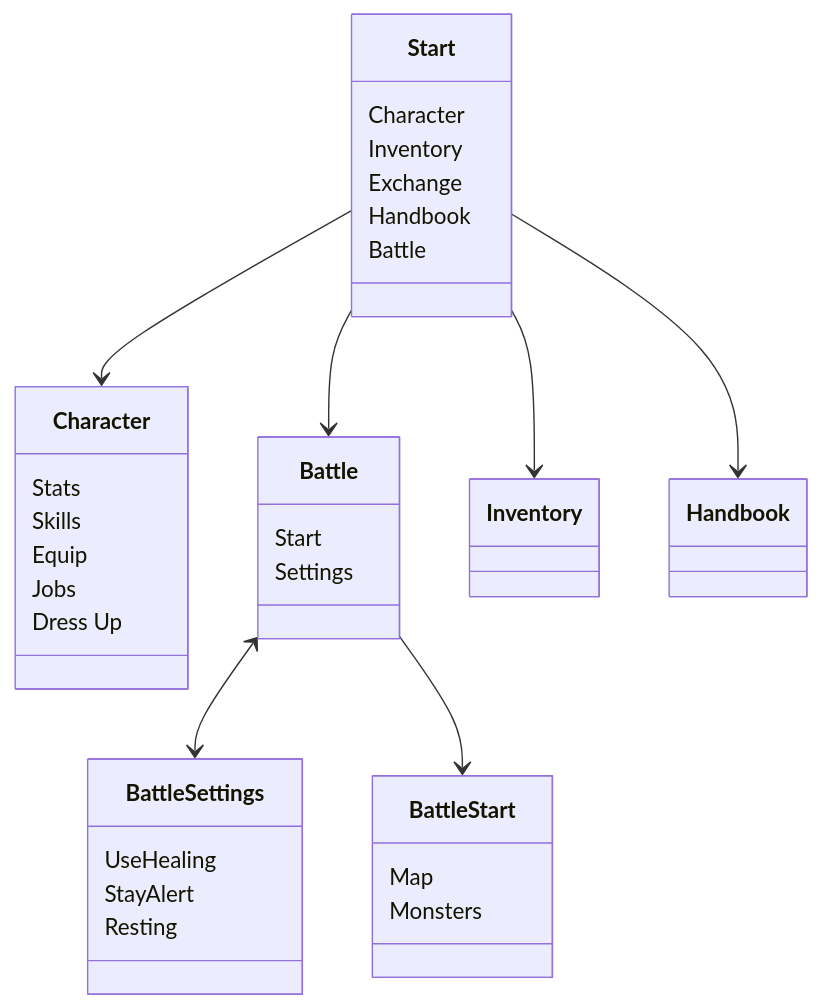
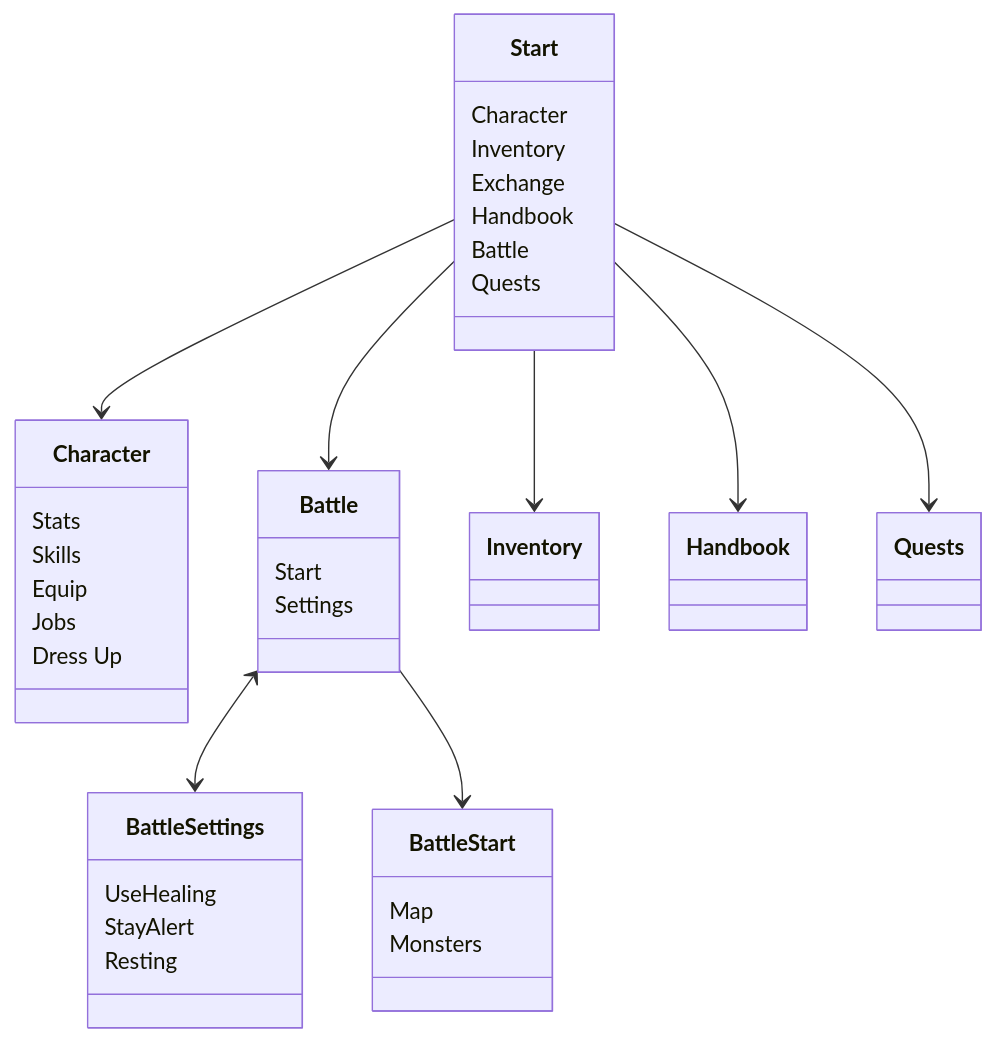
One commit to Borf/IdleRpg changed the diagram in Doc/Design.md. Above: the diagram before and after it, drawn with Mermaid. The commit also changed other lines of this file and 6 other files, not shown here.

````diff
--- a/Doc/Design.md
+++ b/Doc/Design.md
@@ -40,46 +50,48 @@
 ```mermaid
 ---
 config:
     flowchart:
         defaultRenderer: elk    
 ---
 classDiagram
     class Start {
         Character
         Inventory
         Exchange
         Handbook
         Battle
+        Quests
     }
 
     class Character {
         Stats
         Skills
         Equip
         Jobs
         Dress Up
     }
     class Battle {
         Start
         Settings
     }
 
     class BattleSettings {
         UseHealing
         StayAlert
         Resting
     }
 
     class BattleStart {
         Map
         Monsters
     }
 
     Start --> Character
     Start --> Battle
     Start --> Inventory
     Start --> Handbook
+    Start --> Quests
     Battle <--> BattleSettings
     Battle --> BattleStart
 
 ```
````
